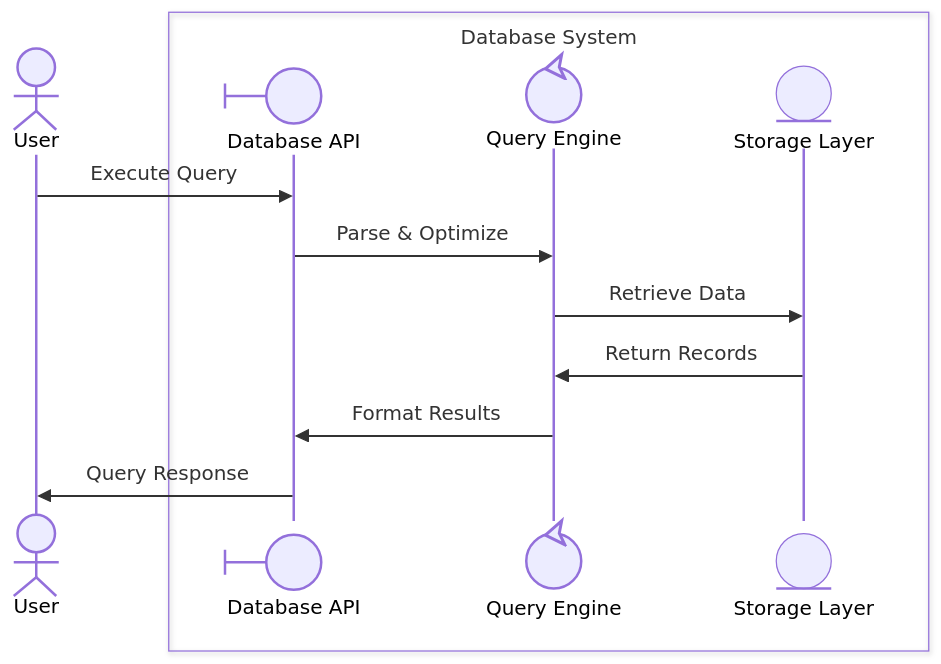
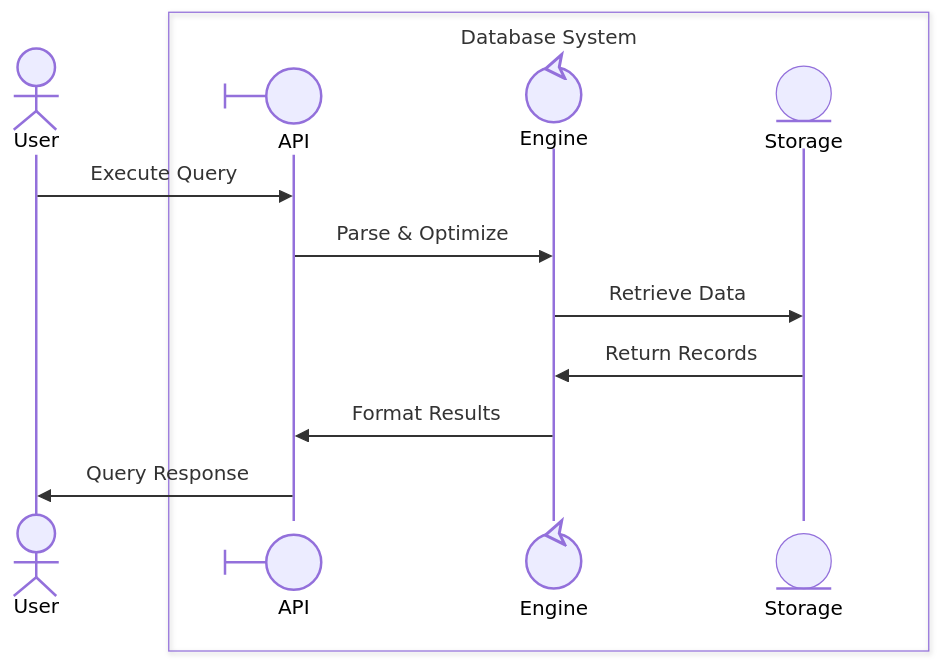
The second of 9 diagrams in OrgDocument/projects/03 - Building Skills Iteration 2/artifacts/Analysis/boundary-concepts.md (zhongadamwang/AI_Slowcooker), drawn with Mermaid before and after one commit. The commit also changed other lines of this file and 6 other files, not shown here.

````diff
--- a/OrgDocument/projects/03 - Building Skills Iteration 2/artifacts/Analysis/boundary-concepts.md
+++ b/OrgDocument/projects/03 - Building Skills Iteration 2/artifacts/Analysis/boundary-concepts.md
@@ -70,17 +70,17 @@
 ```mermaid
 sequenceDiagram
-    participant User@{ "type" : "actor" } as User
+    participant User@{ "type": "actor", "label": "User" }
     
     box Database System
-        participant API@{ "type" : "boundary" } as Database API
-        participant Engine@{ "type" : "control" } as Query Engine
-        participant Storage@{ "type" : "entity" } as Storage Layer
+        participant API@{ "type": "boundary", "label": "Database API" }
+        participant Engine@{ "type": "control", "label": "Query Engine" }
+        participant Storage@{ "type": "entity", "label": "Storage Layer" }
     end
     
     User->>API: Execute Query
     API->>Engine: Parse & Optimize
     Engine->>Storage: Retrieve Data
     Storage->>Engine: Return Records
     Engine->>API: Format Results
     API->>User: Query Response
 ```
````
